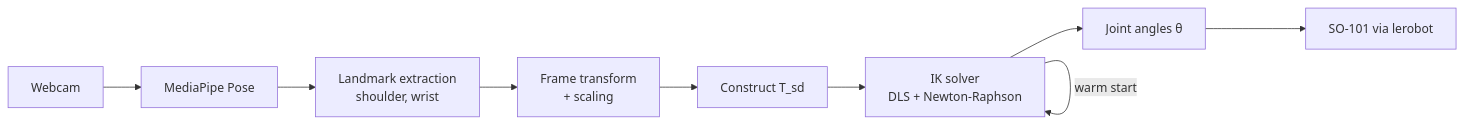
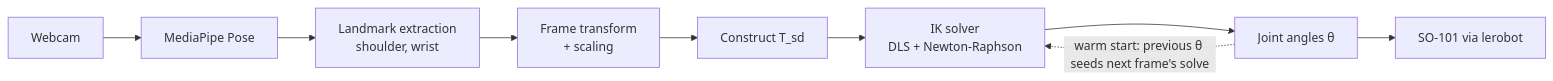
Before and after one commit to jaimelopezruiz/so101-markerless-teleop: the diagram in DEVLOG.md, drawn with Mermaid. The commit also changed other lines of this file and 2 other files, not shown here.

````diff
--- a/DEVLOG.md
+++ b/DEVLOG.md
@@ -55,11 +55,11 @@
 ```mermaid
 flowchart LR
     A[Webcam] --> B[MediaPipe Pose]
     B --> C[Landmark extraction<br/>shoulder, wrist]
     C --> D[Frame transform<br/>+ scaling]
     D --> E[Construct T_sd]
     E --> F[IK solver<br/>DLS + Newton-Raphson]
     F --> G[Joint angles θ]
     G --> H[SO-101 via lerobot]
-    F -- warm start --> F
+    G -. "warm start: previous θ seeds next frame's solve" .-> F
 ```
````
